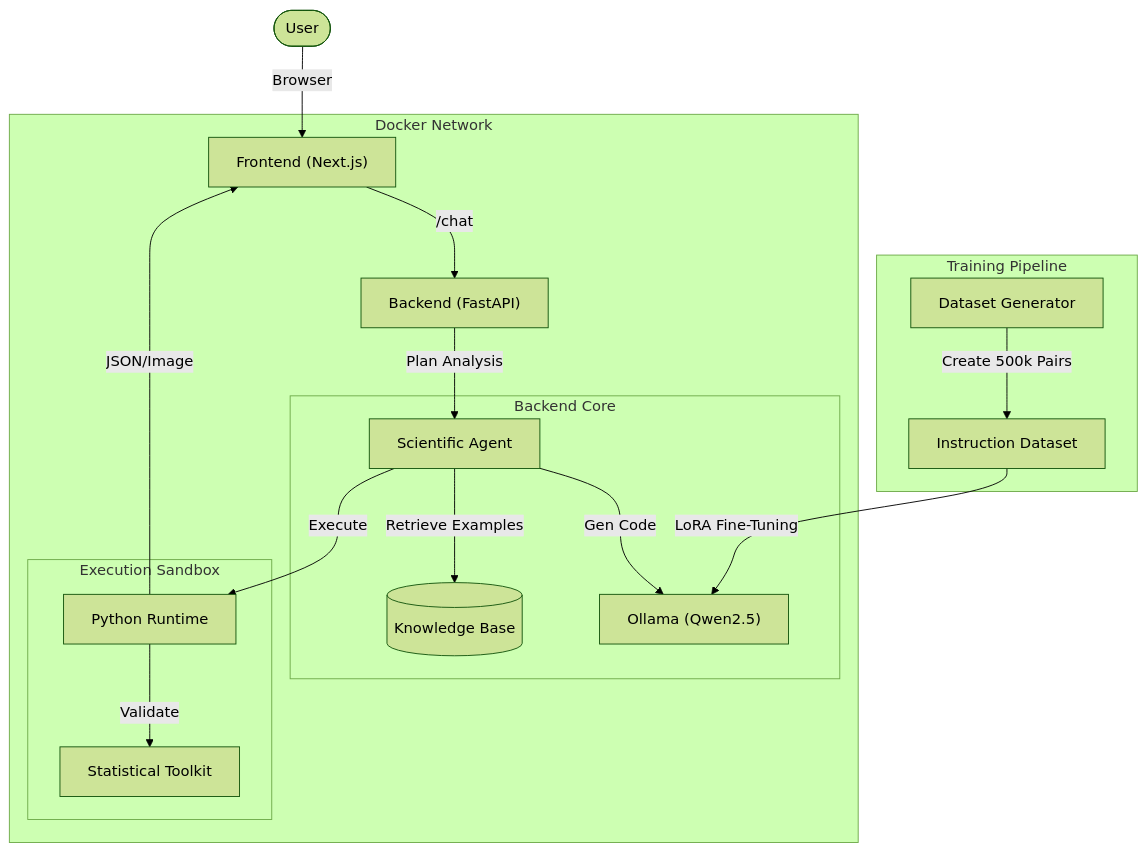
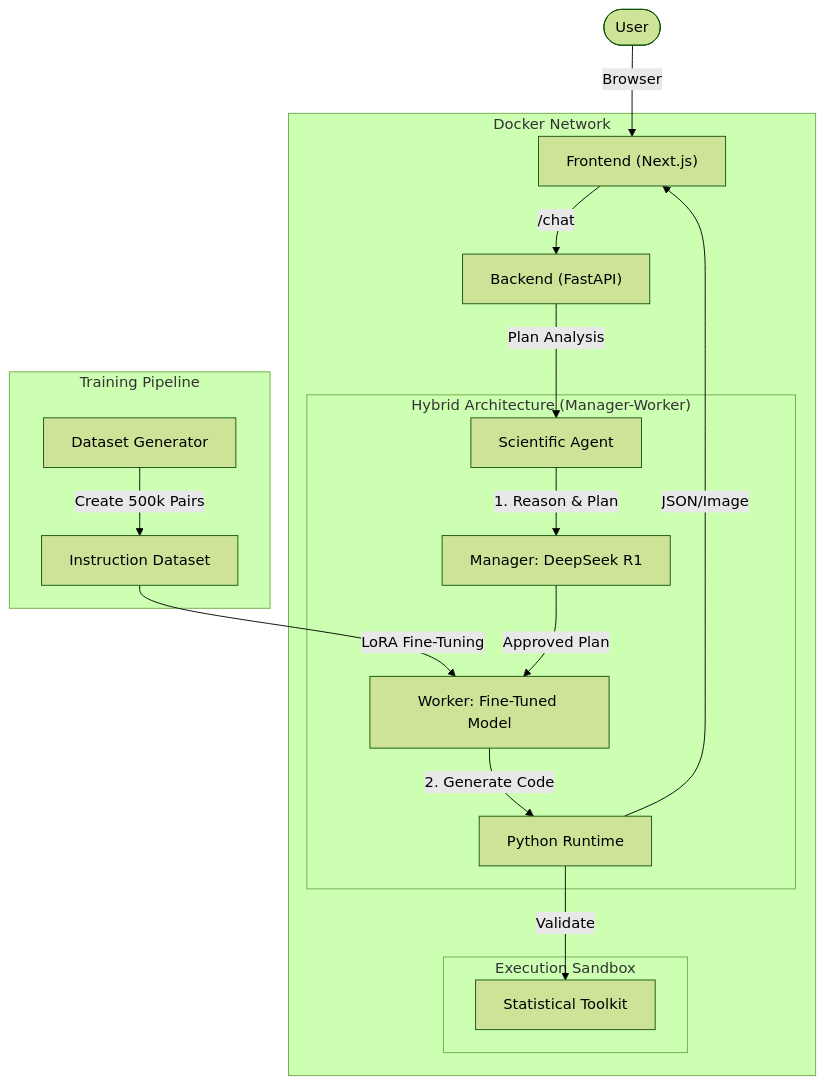
The diagram in Readme.md (Aniket-a14/Wizard-w1), drawn with Mermaid (forest theme) before and after one commit. The commit also changed other lines of this file and 4 other files, not shown here.

````diff
--- a/Readme.md
+++ b/Readme.md
@@ -71,27 +71,27 @@
 ```mermaid
 graph TD
     User([User]) -->|Browser| FE["Frontend (Next.js)"]
     
     subgraph "Docker Network"
         FE -->|/chat| API["Backend (FastAPI)"]
         
         API -->|Plan Analysis| Agent[Scientific Agent]
         
-        subgraph "Backend Core"
-            Agent -->|Retrieve Examples| KB[(Knowledge Base)]
-            Agent -->|Gen Code| LLM["Ollama (Qwen2.5)"]
+        subgraph "Hybrid Architecture (Manager-Worker)"
+            Agent -->|1. Reason & Plan| BigBrain["Manager: DeepSeek R1"]
+            BigBrain -->|Approved Plan| Worker["Worker: Fine-Tuned Model"]
+            Worker -->|2. Generate Code| Code[Python Runtime]
         end
         
         subgraph "Execution Sandbox"
-            Agent -->|Execute| Code[Python Runtime]
             Code -->|Validate| Stats[Statistical Toolkit]
         end
     end
     
     subgraph "Training Pipeline"
         DG[Dataset Generator] -->|Create 500k Pairs| Train[Instruction Dataset]
-        Train -->|LoRA Fine-Tuning| LLM
+        Train -->|LoRA Fine-Tuning| Worker
     end
     
     Code -->|JSON/Image| FE
 ```
````
